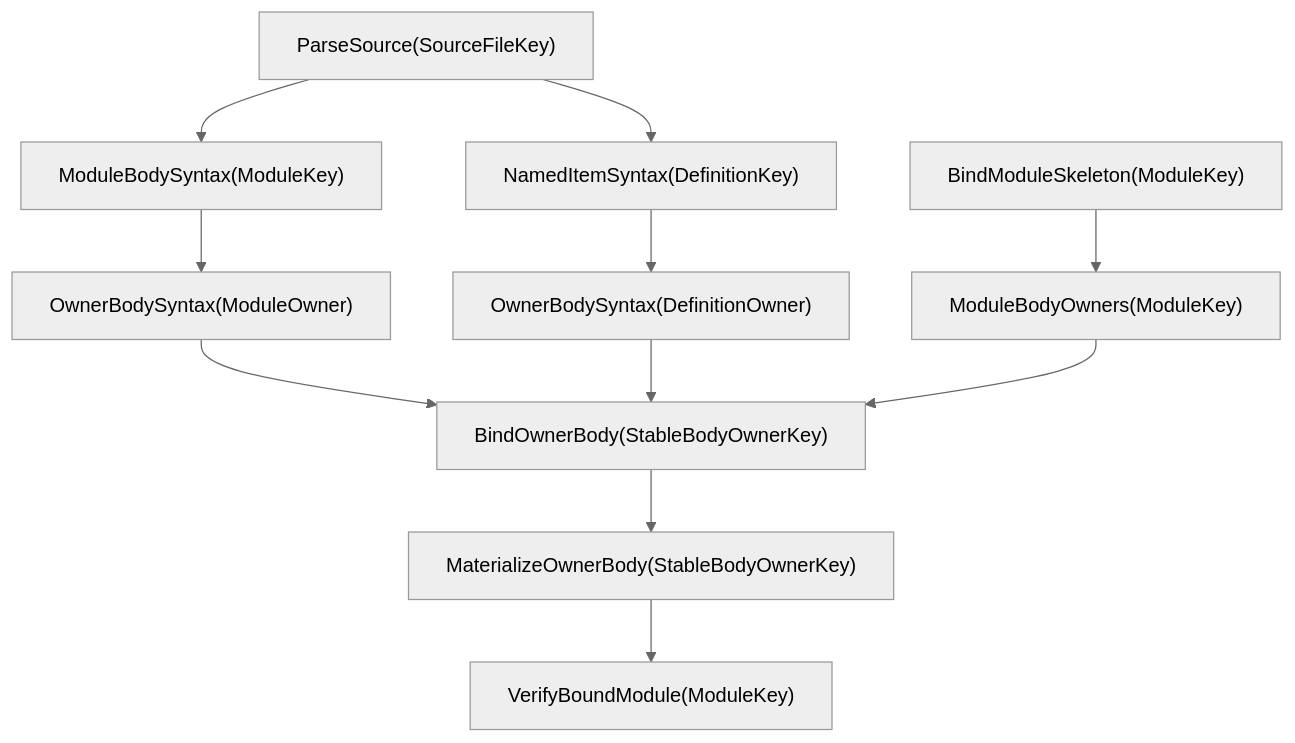
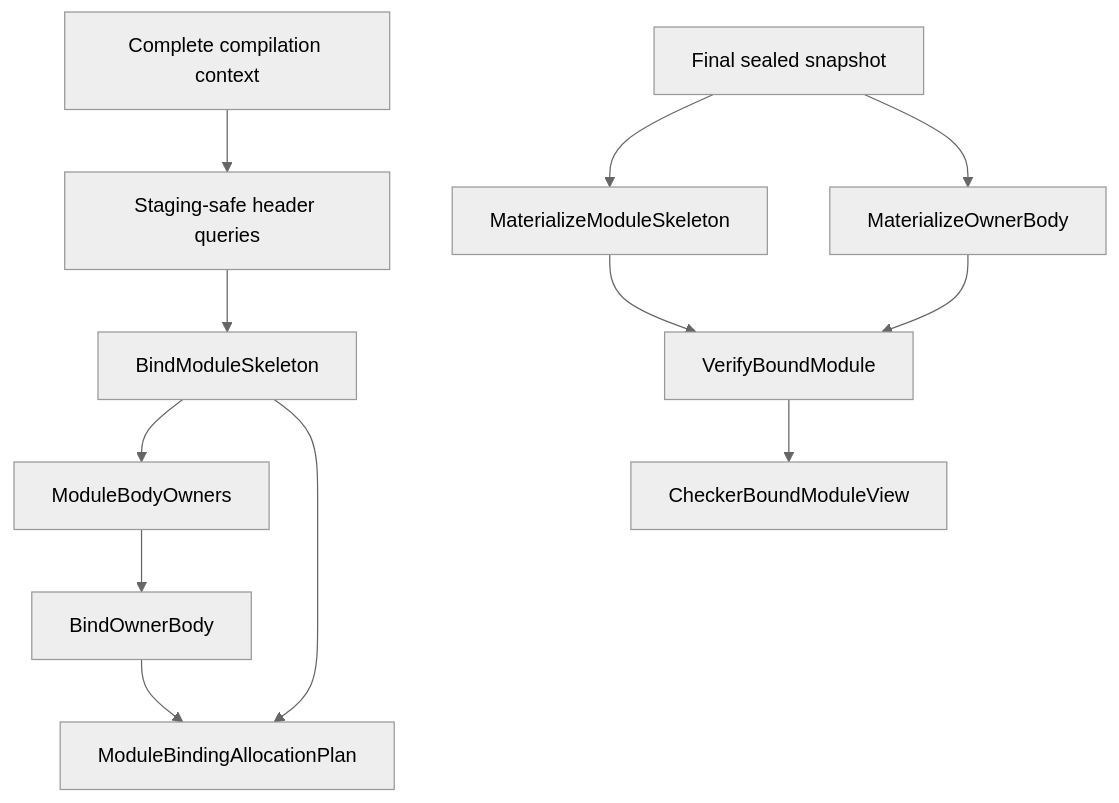
Before and after one commit to Zzzode/ZOM: the diagram in docs/rfc/0019-stable-body-owner-and-query-closure.md, drawn with Mermaid (neutral theme). The commit also changed other lines of this file and 47 other files, not shown here.

````diff
--- a/docs/rfc/0019-stable-body-owner-and-query-closure.md
+++ b/docs/rfc/0019-stable-body-owner-and-query-closure.md
@@ -200,13 +96,14 @@
 ```mermaid
 flowchart TD
-    PARSE["ParseSource(SourceFileKey)"] --> MOD["ModuleBodySyntax(ModuleKey)"]
-    PARSE --> ITEM["NamedItemSyntax(DefinitionKey)"]
-    MOD --> OS["OwnerBodySyntax(ModuleOwner)"]
-    ITEM --> DS["OwnerBodySyntax(DefinitionOwner)"]
-    OS --> OB["BindOwnerBody(StableBodyOwnerKey)"]
-    DS --> OB
-    SKEL["BindModuleSkeleton(ModuleKey)"] --> OWNERS["ModuleBodyOwners(ModuleKey)"]
-    OWNERS --> OB
-    OB --> MAT["MaterializeOwnerBody(StableBodyOwnerKey)"]
-    MAT --> VERIFY["VerifyBoundModule(ModuleKey)"]
+    C["Complete compilation context"] --> H["Staging-safe header queries"]
+    H --> S["BindModuleSkeleton"]
+    S --> O["ModuleBodyOwners"]
+    O --> B["BindOwnerBody"]
+    S --> P["ModuleBindingAllocationPlan"]
+    B --> P
+    F["Final sealed snapshot"] --> M["MaterializeModuleSkeleton"]
+    F --> N["MaterializeOwnerBody"]
+    M --> V["VerifyBoundModule"]
+    N --> V
+    V --> K["CheckerBoundModuleView"]
 ```
````
